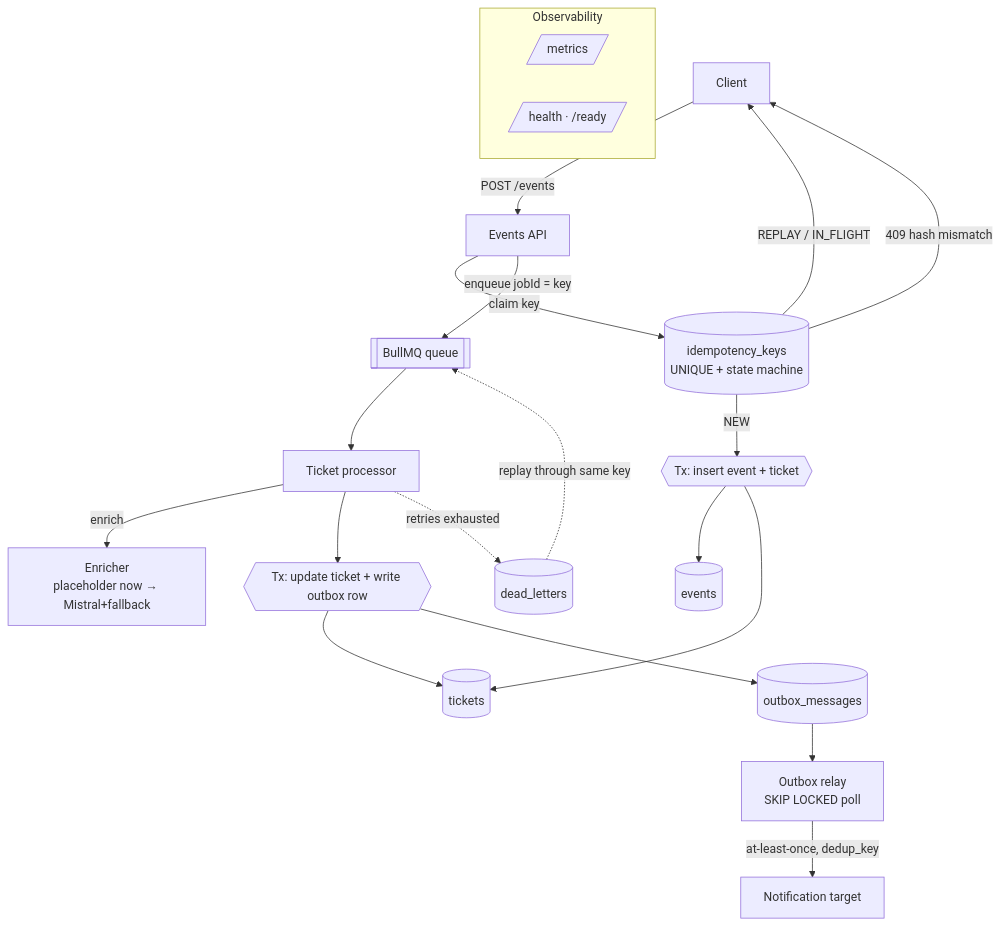
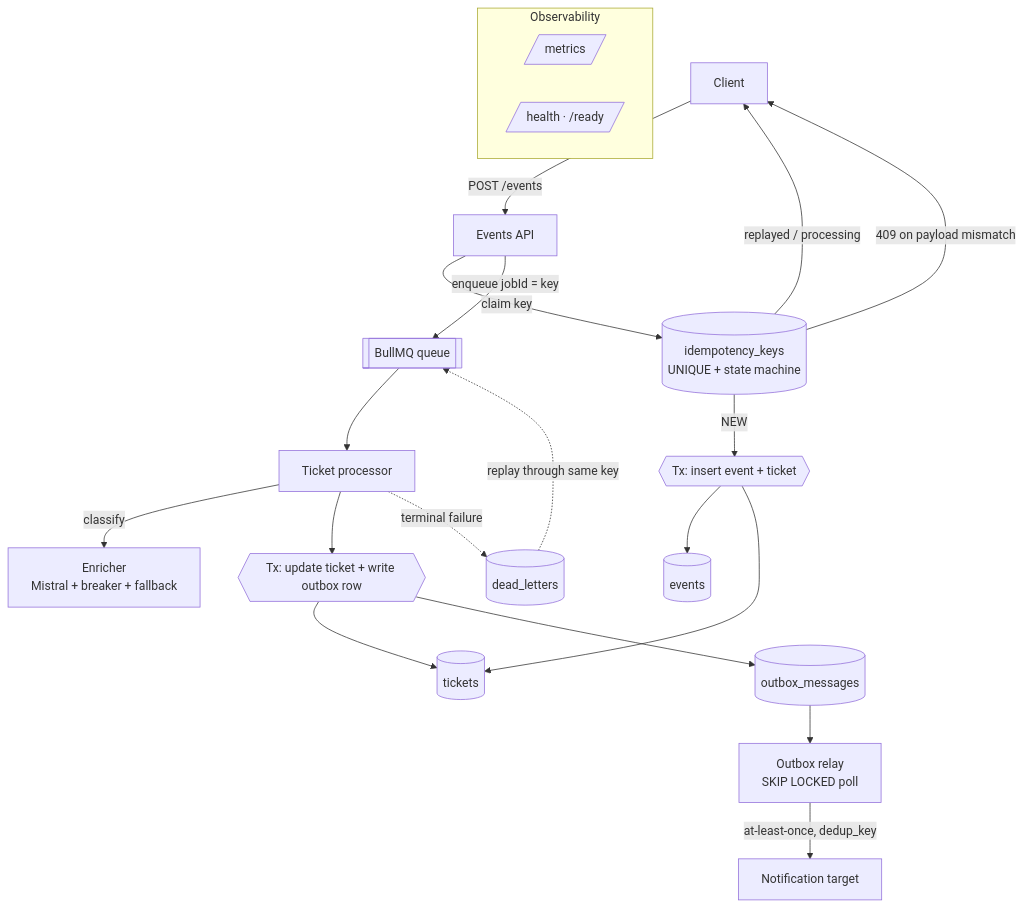
Before and after one commit to younesKAOUANI/triage-engine: the diagram in README.md, drawn with Mermaid. The commit also changed other lines of this file and 8 other files, not shown here.

First line of the commit message:
docs: rewrite README and add an architecture reference

````diff
--- a/README.md
+++ b/README.md
@@ -39,23 +52,23 @@
 ```mermaid
 flowchart TD
     C[Client] -->|POST /events| API[Events API]
     API -->|claim key| IDEM[(idempotency_keys<br/>UNIQUE + state machine)]
     IDEM -->|NEW| TX1{{"Tx: insert event + ticket"}}
-    IDEM -->|REPLAY / IN_FLIGHT| C
-    IDEM -->|409 hash mismatch| C
+    IDEM -->|replayed / processing| C
+    IDEM -->|409 on payload mismatch| C
     TX1 --> EV[(events)]
     TX1 --> TK[(tickets)]
     API -->|enqueue jobId = key| Q[[BullMQ queue]]
     Q --> W[Ticket processor]
-    W -->|enrich| ENR[Enricher<br/>placeholder now → Mistral+fallback]
+    W -->|classify| ENR[Enricher<br/>Mistral + breaker + fallback]
     W --> TX2{{"Tx: update ticket + write outbox row"}}
     TX2 --> TK
     TX2 --> OB[(outbox_messages)]
-    W -.retries exhausted.-> DLQ[(dead_letters)]
+    W -.terminal failure.-> DLQ[(dead_letters)]
     DLQ -.replay through same key.-> Q
     OB --> RLY[Outbox relay<br/>SKIP LOCKED poll]
     RLY -->|at-least-once, dedup_key| SINK[Notification target]
     subgraph Observability
       MET[/metrics/] ; HLT[/health · /ready/]
     end
 ```
````
